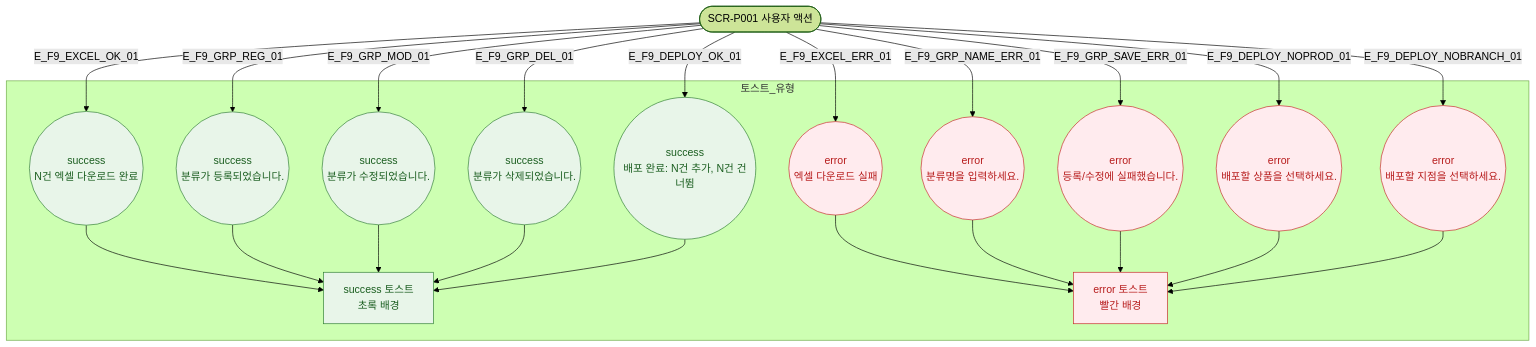
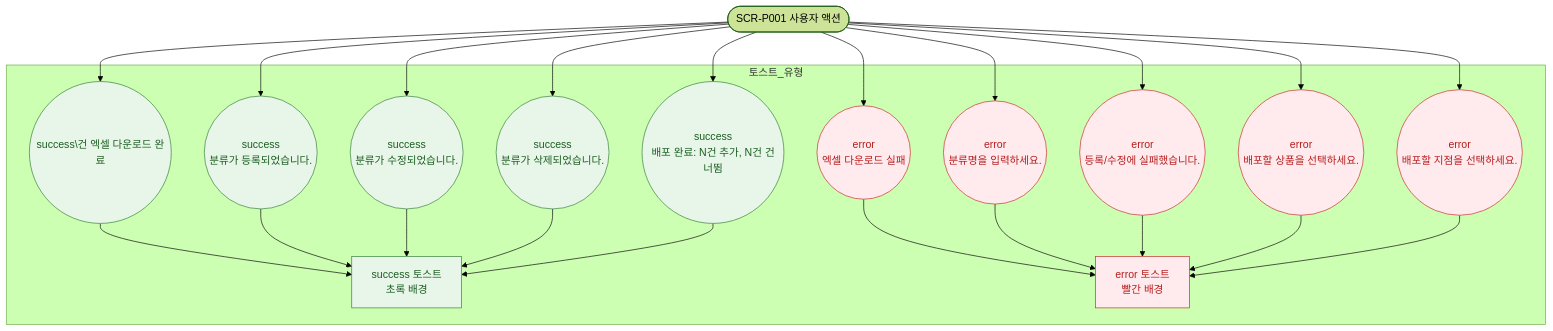
One commit to dev-spogym/admin-pando changed the diagram in docs/다이어그램/D05_상품관리/SCR-P001_상품관리/F9_토스트피드백.md. Above: the diagram before and after it, drawn with Mermaid (forest theme). The commit also changed other lines of this file and 1660 other files, not shown here.

First line of the commit message:
다이어그램: 기획자/클라이언트 납품본으로 정리

````diff
--- a/docs/다이어그램/D05_상품관리/SCR-P001_상품관리/F9_토스트피드백.md
+++ b/docs/다이어그램/D05_상품관리/SCR-P001_상품관리/F9_토스트피드백.md
@@ -19,28 +17,28 @@
 ```mermaid
 flowchart TD
     TRIGGER([SCR-P001 사용자 액션])
 
-    TRIGGER -->|E_F9_EXCEL_OK_01| T_EXCEL_OK((success\nN건 엑셀 다운로드 완료))
-    TRIGGER -->|E_F9_EXCEL_ERR_01| T_EXCEL_ERR((error\n엑셀 다운로드 실패))
+    TRIGGER --> T_EXCEL_OK((success\건 엑셀 다운로드 완료))
+    TRIGGER --> T_EXCEL_ERR((error\n엑셀 다운로드 실패))
 
-    TRIGGER -->|E_F9_GRP_REG_01| T_GRP_REG((success\n분류가 등록되었습니다.))
-    TRIGGER -->|E_F9_GRP_MOD_01| T_GRP_MOD((success\n분류가 수정되었습니다.))
-    TRIGGER -->|E_F9_GRP_DEL_01| T_GRP_DEL((success\n분류가 삭제되었습니다.))
-    TRIGGER -->|E_F9_GRP_NAME_ERR_01| T_GRP_NAME_ERR((error\n분류명을 입력하세요.))
-    TRIGGER -->|E_F9_GRP_SAVE_ERR_01| T_GRP_SAVE_ERR((error\n등록/수정에 실패했습니다.))
+    TRIGGER --> T_GRP_REG((success\n분류가 등록되었습니다.))
+    TRIGGER --> T_GRP_MOD((success\n분류가 수정되었습니다.))
+    TRIGGER --> T_GRP_DEL((success\n분류가 삭제되었습니다.))
+    TRIGGER --> T_GRP_NAME_ERR((error\n분류명을 입력하세요.))
+    TRIGGER --> T_GRP_SAVE_ERR((error\n등록/수정에 실패했습니다.))
 
-    TRIGGER -->|E_F9_DEPLOY_OK_01| T_DEPLOY_OK((success\n배포 완료: N건 추가, N건 건너뜀))
-    TRIGGER -->|E_F9_DEPLOY_NOPROD_01| T_DEPLOY_NOPROD((error\n배포할 상품을 선택하세요.))
-    TRIGGER -->|E_F9_DEPLOY_NOBRANCH_01| T_DEPLOY_NOBRANCH((error\n배포할 지점을 선택하세요.))
+    TRIGGER --> T_DEPLOY_OK((success\n배포 완료: N건 추가, N건 건너뜀))
+    TRIGGER --> T_DEPLOY_NOPROD((error\n배포할 상품을 선택하세요.))
+    TRIGGER --> T_DEPLOY_NOBRANCH((error\n배포할 지점을 선택하세요.))
 
     subgraph 토스트_유형
         T_EXCEL_OK & T_GRP_REG & T_GRP_MOD & T_GRP_DEL & T_DEPLOY_OK --> SUCCESS_GROUP[success 토스트\n초록 배경]
         T_EXCEL_ERR & T_GRP_NAME_ERR & T_GRP_SAVE_ERR & T_DEPLOY_NOPROD & T_DEPLOY_NOBRANCH --> ERROR_GROUP[error 토스트\n빨간 배경]
     end
 
     classDef success fill:#E8F5E9,stroke:#2E7D32,color:#1B5E20
     classDef error fill:#FFEBEE,stroke:#C62828,color:#B71C1C
     classDef info fill:#E0F7FA,stroke:#00838F
     class T_EXCEL_OK,T_GRP_REG,T_GRP_MOD,T_GRP_DEL,T_DEPLOY_OK,SUCCESS_GROUP success
     class T_EXCEL_ERR,T_GRP_NAME_ERR,T_GRP_SAVE_ERR,T_DEPLOY_NOPROD,T_DEPLOY_NOBRANCH,ERROR_GROUP error
 ```
````
